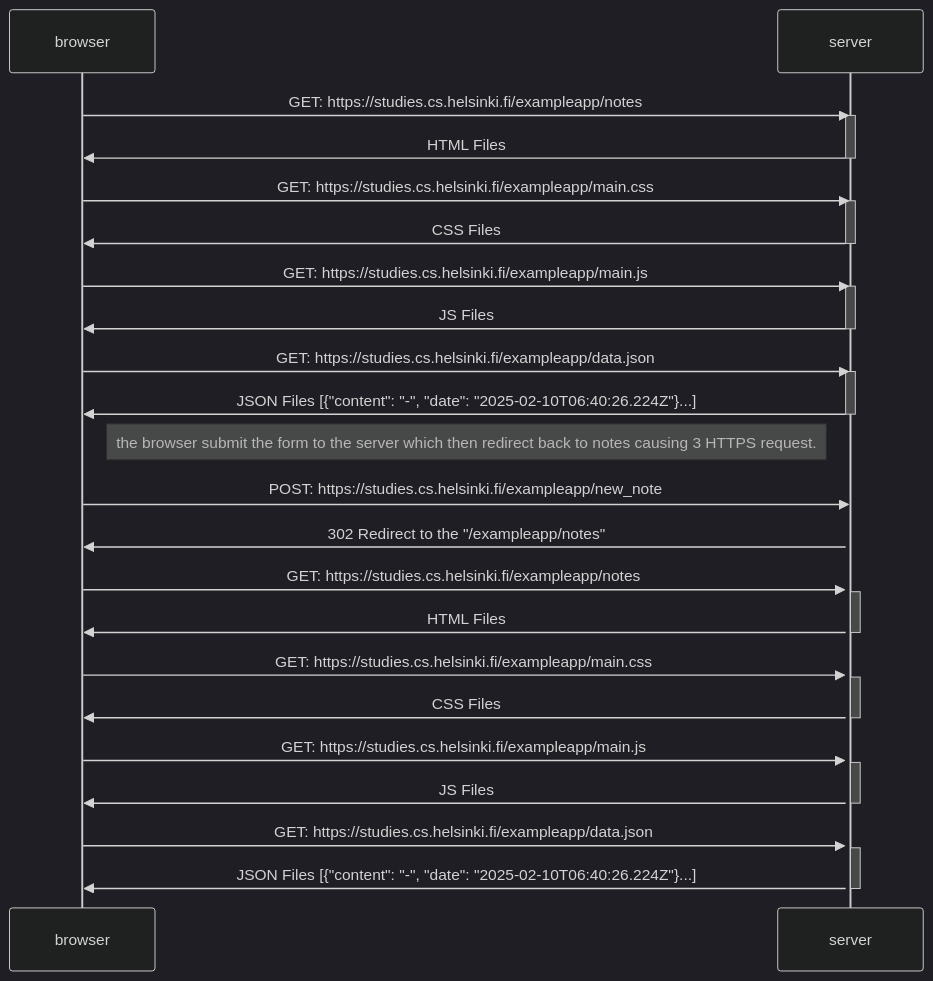
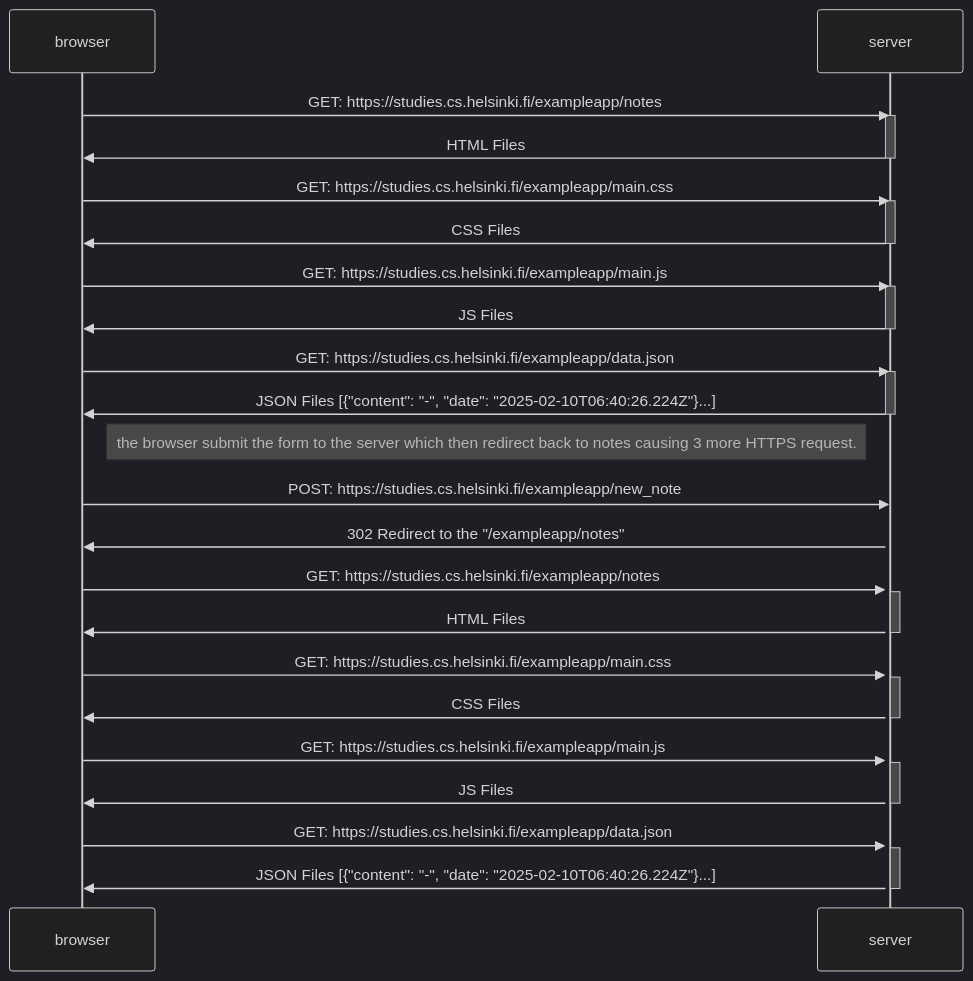
One commit to Dreath21/myFirstProject_in_gits changed the diagram in part0/part0_4.mmd. Above: the diagram before and after it, drawn with Mermaid (dark theme).

```diff
--- a/part0/part0_4.mmd
+++ b/part0/part0_4.mmd
@@ -1,48 +1,48 @@
 sequenceDiagram
     participant browser
     participant server
 
     browser ->> server: GET: https://studies.cs.helsinki.fi/exampleapp/notes
     activate server
     server ->> browser: HTML Files
     deactivate server
 
     browser ->> server: GET: https://studies.cs.helsinki.fi/exampleapp/main.css
     activate server
     server ->> browser: CSS Files
     deactivate server
 
     browser ->> server: GET: https://studies.cs.helsinki.fi/exampleapp/main.js
     activate server
     server ->> browser: JS Files
     deactivate server
 
     browser ->> server: GET: https://studies.cs.helsinki.fi/exampleapp/data.json
     activate server
     server ->> browser: JSON Files [{"content": "-", "date": "2025-02-10T06:40:26.224Z"}...]
     deactivate server
 
-    Note right of browser: the browser submit the form to the server which then redirect back to notes causing 3 HTTPS request.
+    Note right of browser: the browser submit the form to the server which then redirect back to notes causing 3 more HTTPS request.
     browser ->> server: POST: https://studies.cs.helsinki.fi/exampleapp/new_note
     activate server
     server ->> browser: 302 Redirect to the "/exampleapp/notes"
 
     browser ->> server: GET: https://studies.cs.helsinki.fi/exampleapp/notes
     activate server
     server ->> browser: HTML Files
     deactivate server
 
     browser ->> server: GET: https://studies.cs.helsinki.fi/exampleapp/main.css
     activate server
     server ->> browser: CSS Files
     deactivate server
 
     browser ->> server: GET: https://studies.cs.helsinki.fi/exampleapp/main.js
     activate server
     server ->> browser: JS Files
     deactivate server
 
     browser ->> server: GET: https://studies.cs.helsinki.fi/exampleapp/data.json
     activate server
     server ->> browser: JSON Files [{"content": "-", "date": "2025-02-10T06:40:26.224Z"}...]
     deactivate server
```
